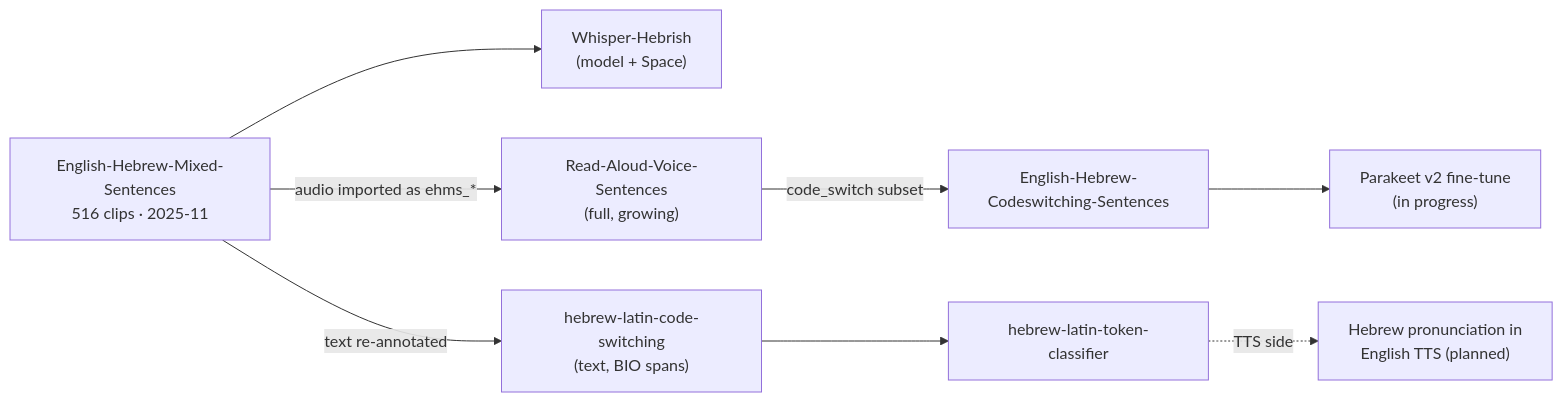
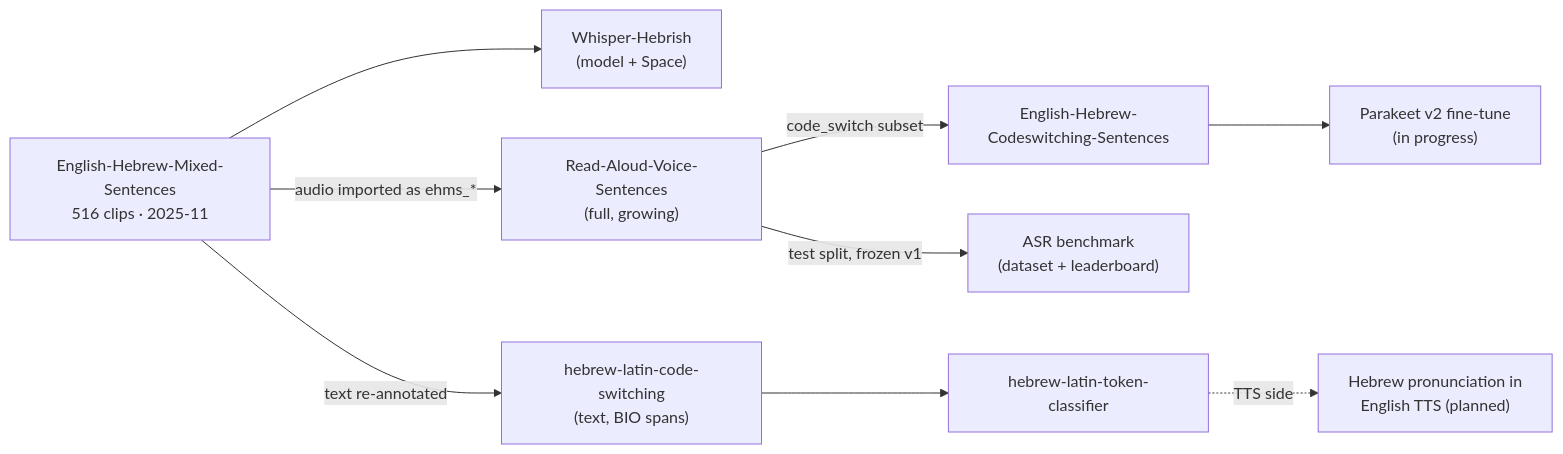
The diagram in README.md (danielrosehill/English-Hebrew-Code-Switching-Index), drawn with Mermaid before and after one commit. The commit also changed other lines of this file and 1 other file, not shown here.

Commit message:
Add English-Hebrew code-switching ASR benchmark: dataset, leaderboard Space, runner repo

````diff
--- a/README.md
+++ b/README.md
@@ -197,10 +234,11 @@
 ```mermaid
 flowchart LR
     EHMS["English-Hebrew-Mixed-Sentences<br/>516 clips · 2025-11"] --> WH["Whisper-Hebrish<br/>(model + Space)"]
     EHMS -- "audio imported as ehms_*" --> RAVS["Read-Aloud-Voice-Sentences<br/>(full, growing)"]
     RAVS -- "code_switch subset" --> EHCS["English-Hebrew-Codeswitching-Sentences"]
     EHCS --> PK["Parakeet v2 fine-tune<br/>(in progress)"]
+    RAVS -- "test split, frozen v1" --> BM["ASR benchmark<br/>(dataset + leaderboard)"]
     EHMS -- "text re-annotated" --> HLCS["hebrew-latin-code-switching<br/>(text, BIO spans)"]
     HLCS --> TC["hebrew-latin-token-classifier"]
     TC -. "TTS side" .-> TTS["Hebrew pronunciation in<br/>English TTS (planned)"]
 ```
````
